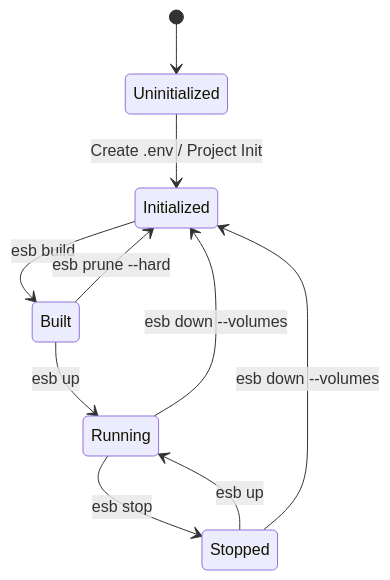
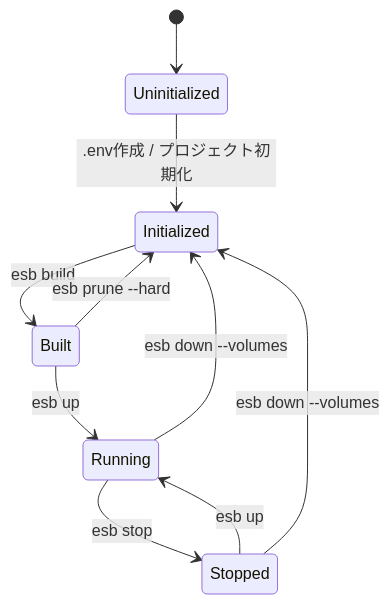
Before and after one commit to poruru-code/esb-cli: the third of 3 diagrams in docs/architecture.md, drawn with Mermaid. The commit also changed other lines of this file and 12 other files, not shown here.

First line of the commit message:
Translate CLI documentation to Japanese and fix Mermaid syntax

````diff
--- a/docs/architecture.md
+++ b/docs/architecture.md
@@ -102,12 +102,12 @@
 ```mermaid
 stateDiagram-v2
     [*] --> Uninitialized
-    Uninitialized --> Initialized : Create .env / Project Init
+    Uninitialized --> Initialized : .env作成 / プロジェクト初期化
     Initialized --> Built : esb build
     Built --> Running : esb up
     Running --> Stopped : esb stop
     Stopped --> Running : esb up
     Stopped --> Initialized : esb down --volumes
     Running --> Initialized : esb down --volumes
     Built --> Initialized : esb prune --hard
 ```
````
